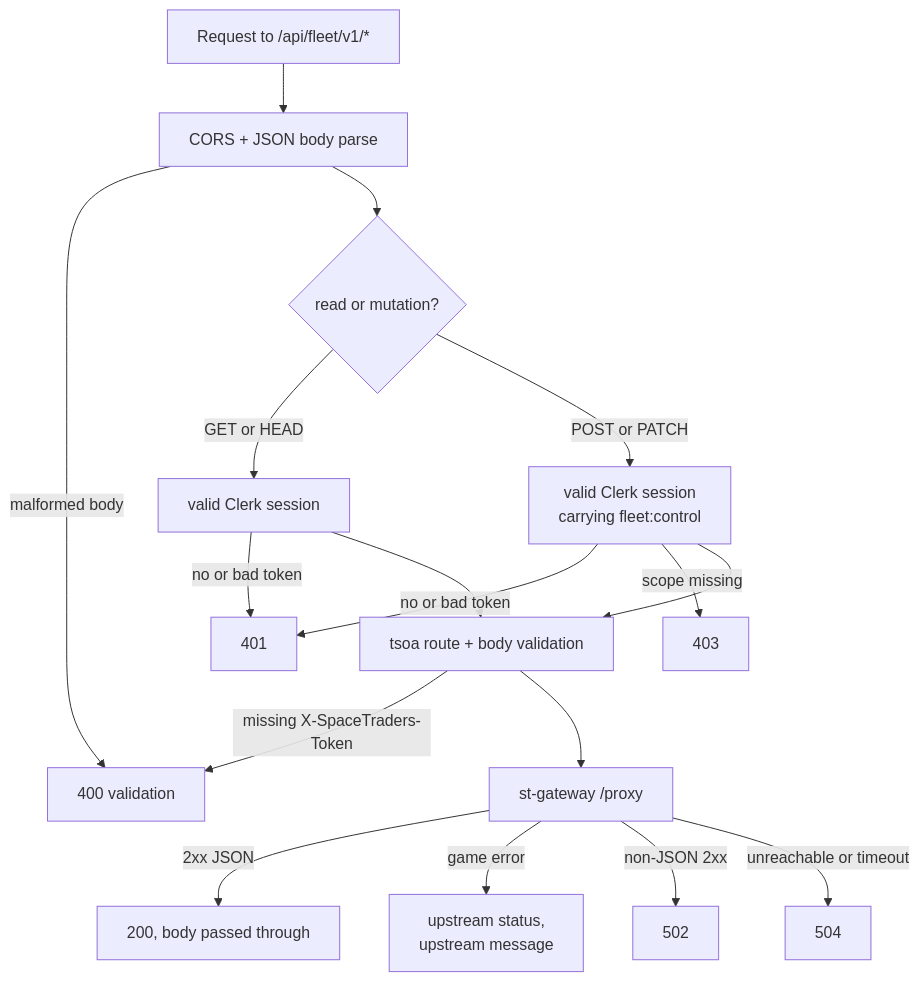
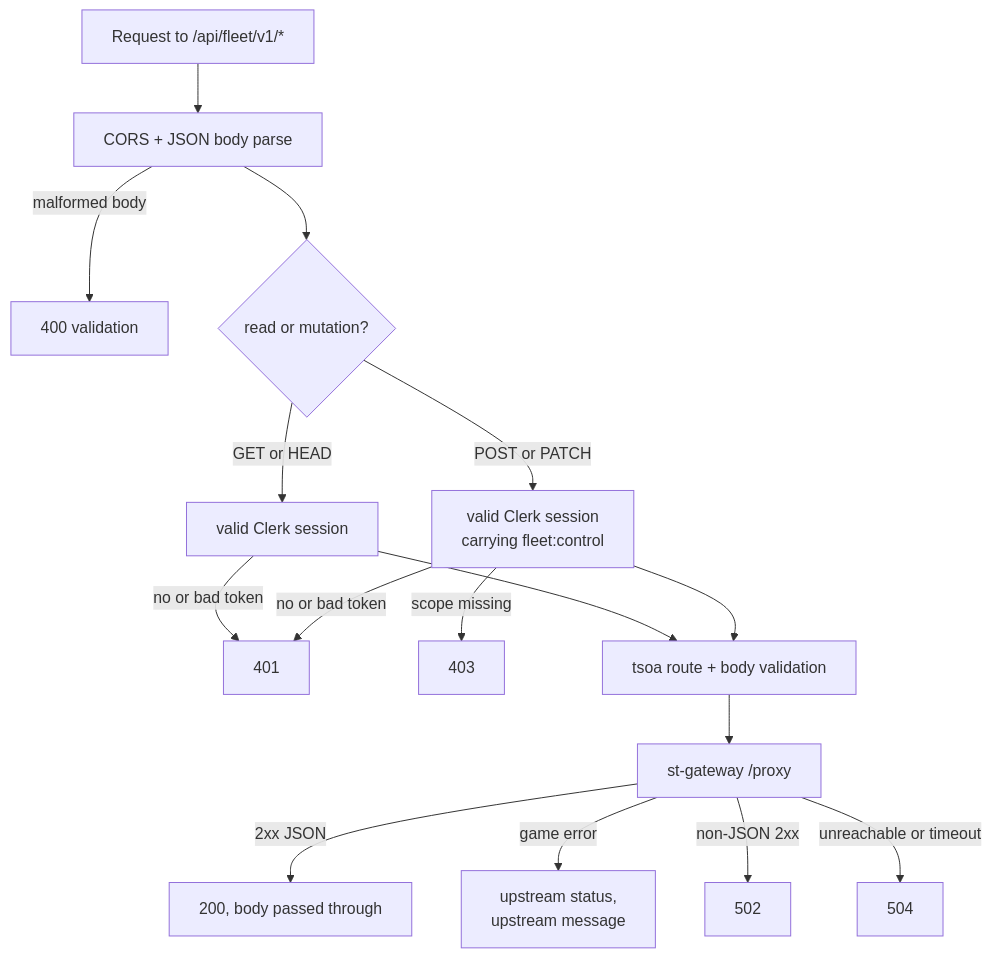
One commit to V-M-Pioneer-Trading/fleet-service changed the second of 3 diagrams in README.md. Above: the diagram before and after it, drawn with Mermaid. The commit also changed other lines of this file and 8 other files, not shown here.

````diff
--- a/README.md
+++ b/README.md
@@ -54,19 +55,18 @@
 ```mermaid
 flowchart TD
   req["Request to /api/fleet/v1/*"] --> cors["CORS + JSON body parse"]
   cors -->|"malformed body"| e400["400 validation"]
   cors --> method{"read or mutation?"}
   method -->|"GET or HEAD"| session["valid Clerk session"]
   method -->|"POST or PATCH"| scope["valid Clerk session<br/>carrying fleet:control"]
   session -->|"no or bad token"| e401["401"]
   scope -->|"no or bad token"| e401
   scope -->|"scope missing"| e403["403"]
   session --> route["tsoa route + body validation"]
   scope --> route
-  route -->|"missing X-SpaceTraders-Token"| e400
   route --> upstream["st-gateway /proxy"]
   upstream -->|"2xx JSON"| ok["200, body passed through"]
   upstream -->|"game error"| passthru["upstream status,<br/>upstream message"]
   upstream -->|"non-JSON 2xx"| e502["502"]
   upstream -->|"unreachable or timeout"| e504["504"]
 ```
````
